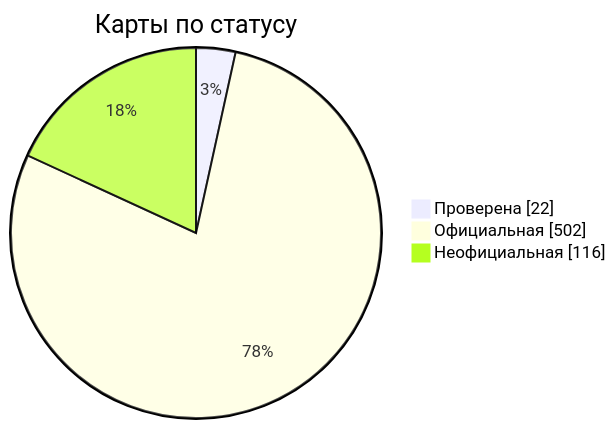
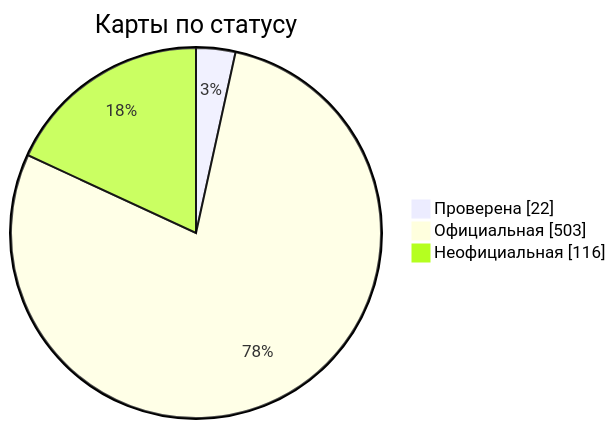
Before and after one commit to nobrega8/mbmap-library: the diagram in docs/readme/README_RU.md, drawn with Mermaid. The commit also changed 6 other files, not shown here.

````diff
--- a/docs/readme/README_RU.md
+++ b/docs/readme/README_RU.md
@@ -54,7 +54,7 @@
 ```mermaid
 pie showData
     title Карты по статусу
     "Проверена" : 22
-    "Официальная" : 502
+    "Официальная" : 503
     "Неофициальная" : 116
 ```
````
